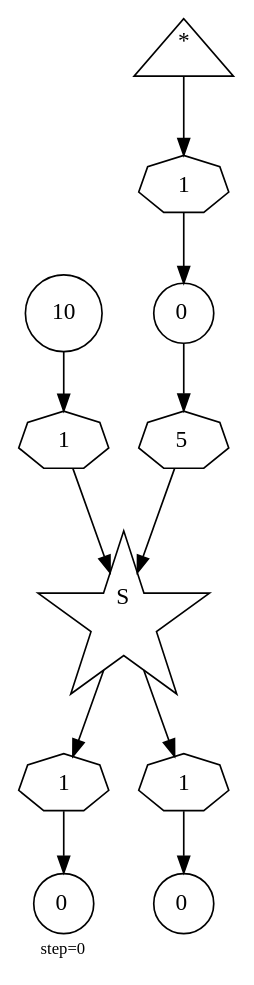
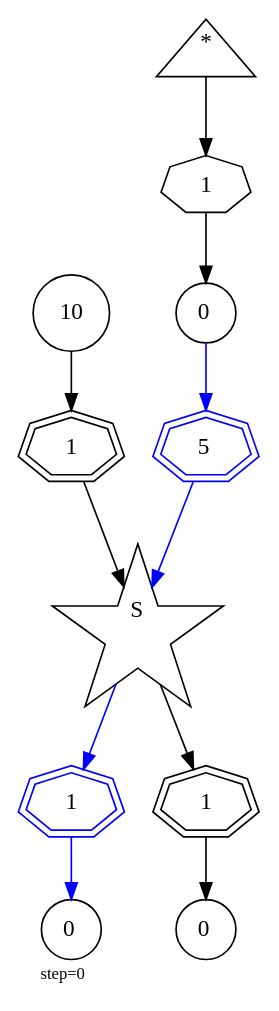
Before and after one commit to abarbu/machinations: the diagram in ours/101-objects/0012.dot, drawn with Graphviz. The commit also changed 191 other files, not shown here.

```diff
--- a/ours/101-objects/0012.dot
+++ b/ours/101-objects/0012.dot
@@ -1,24 +1,24 @@
 digraph {
   graph  [labelloc=bottom,labeljust=left,fontsize="10",label="step=0"];
   "85" [shape=circle,peripheries="1",label=<0>,labelfontcolor=black,color=black];
   "86" [shape=star,peripheries="1",label=<<SUP>S</SUP>>,labelfontcolor=black,color=black];
   "88" [shape=circle,peripheries="1",label=<0>,labelfontcolor=black,color=black];
   "90" [shape=circle,peripheries="1",label=<0>,labelfontcolor=black,color=black];
   "91" [shape=circle,peripheries="1",label=<10>,labelfontcolor=Black,color=black];
   "94" [shape=triangle,peripheries="1",label=<<SUP>*</SUP>>,labelfontcolor=black,color=black];
-  "87" [label=<5>,peripheries="1",color=black,shape=septagon];
-  "85" -> "87" [color=black];
-  "87" -> "86" [color=black];
-  "89" [label=<1>,peripheries="1",color=black,shape=septagon];
-  "86" -> "89" [color=black];
-  "89" -> "88" [color=black];
-  "92" [label=<1>,peripheries="1",color=black,shape=septagon];
-  "86" -> "92" [color=black];
-  "92" -> "90" [color=black];
-  "93" [label=<1>,peripheries="1",color=black,shape=septagon];
-  "91" -> "93" [color=black];
-  "93" -> "86" [color=black];
+  "87" [label=<5>,peripheries="2",color=Blue,shape=septagon];
+  "85" -> "87" [color=Blue];
+  "87" -> "86" [color=Blue];
+  "89" [label=<1>,peripheries="2",color=Blue,shape=septagon];
+  "86" -> "89" [color=Blue];
+  "89" -> "88" [color=Blue];
+  "92" [label=<1>,peripheries="2",color=Black,shape=septagon];
+  "86" -> "92" [color=Black];
+  "92" -> "90" [color=Black];
+  "93" [label=<1>,peripheries="2",color=Black,shape=septagon];
+  "91" -> "93" [color=Black];
+  "93" -> "86" [color=Black];
   "95" [label=<1>,peripheries="1",color=black,shape=septagon];
   "94" -> "95" [color=black];
   "95" -> "85" [color=black];
 }
```
